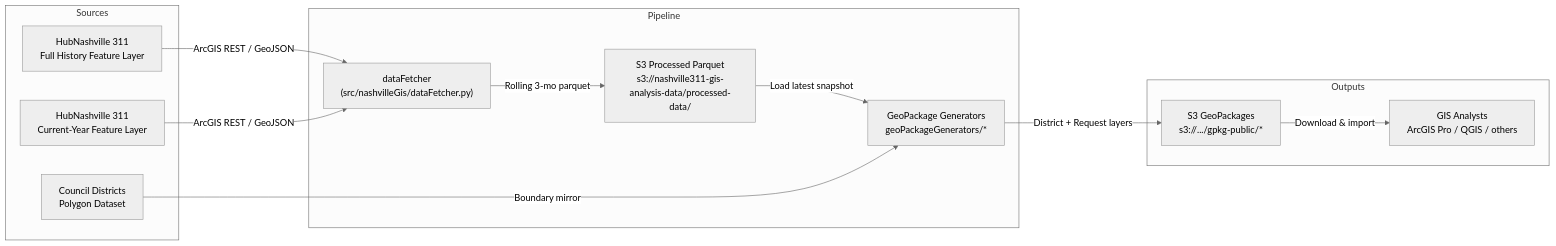
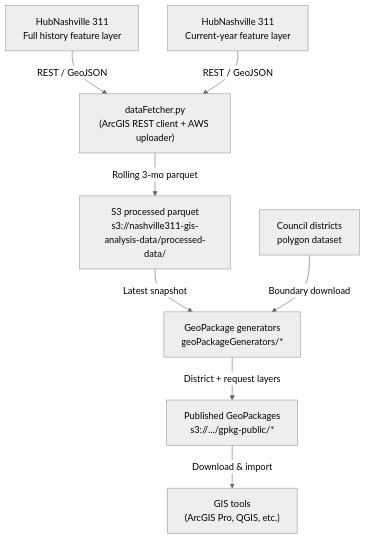
One commit to r0han01/nashville311ArcGisPipeline changed the diagram in README.md. Above: the diagram before and after it, drawn with Mermaid (neutral theme).

Commit message:
Simplify architecture diagram

````diff
--- a/README.md
+++ b/README.md
@@ -7,27 +7,20 @@
 ```mermaid
-flowchart LR
-    subgraph Sources
-        A1["HubNashville 311<br/>Full History Feature Layer"]
-        A2["HubNashville 311<br/>Current-Year Feature Layer"]
-        A3["Council Districts<br/>Polygon Dataset"]
-    end
+graph TD
+    A1["HubNashville 311<br/>Full history feature layer"]
+    A2["HubNashville 311<br/>Current-year feature layer"]
+    A3["Council districts<br/>polygon dataset"]
 
-    subgraph Pipeline
-        B1["dataFetcher<br/>(src/nashvilleGis/dataFetcher.py)"]
-        B2["S3 Processed Parquet<br/>s3://nashville311-gis-analysis-data/processed-data/"]
-        B3["GeoPackage Generators<br/>geoPackageGenerators/*"]
-    end
+    B1["dataFetcher.py<br/>(ArcGIS REST client + AWS uploader)"]
+    B2["S3 processed parquet<br/>s3://nashville311-gis-analysis-data/processed-data/"]
+    B3["GeoPackage generators<br/>geoPackageGenerators/*"]
+    C1["Published GeoPackages<br/>s3://.../gpkg-public/*"]
+    C2["GIS tools<br/>(ArcGIS Pro, QGIS, etc.)"]
 
-    subgraph Outputs
-        C1["S3 GeoPackages<br/>s3://.../gpkg-public/*"]
-        C2["GIS Analysts<br/>ArcGIS Pro / QGIS / others"]
-    end
-
-    A1 -->|ArcGIS REST / GeoJSON| B1
-    A2 -->|ArcGIS REST / GeoJSON| B1
-    B1 -->|Rolling 3-mo parquet| B2
-    B2 -->|Load latest snapshot| B3
-    A3 -->|Boundary mirror| B3
-    B3 -->|District + Request layers| C1
-    C1 -->|Download & import| C2
+    A1 -->|"REST / GeoJSON"| B1
+    A2 -->|"REST / GeoJSON"| B1
+    B1 -->|"Rolling 3-mo parquet"| B2
+    B2 -->|"Latest snapshot"| B3
+    A3 -->|"Boundary download"| B3
+    B3 -->|"District + request layers"| C1
+    C1 -->|"Download & import"| C2
 ```
````
